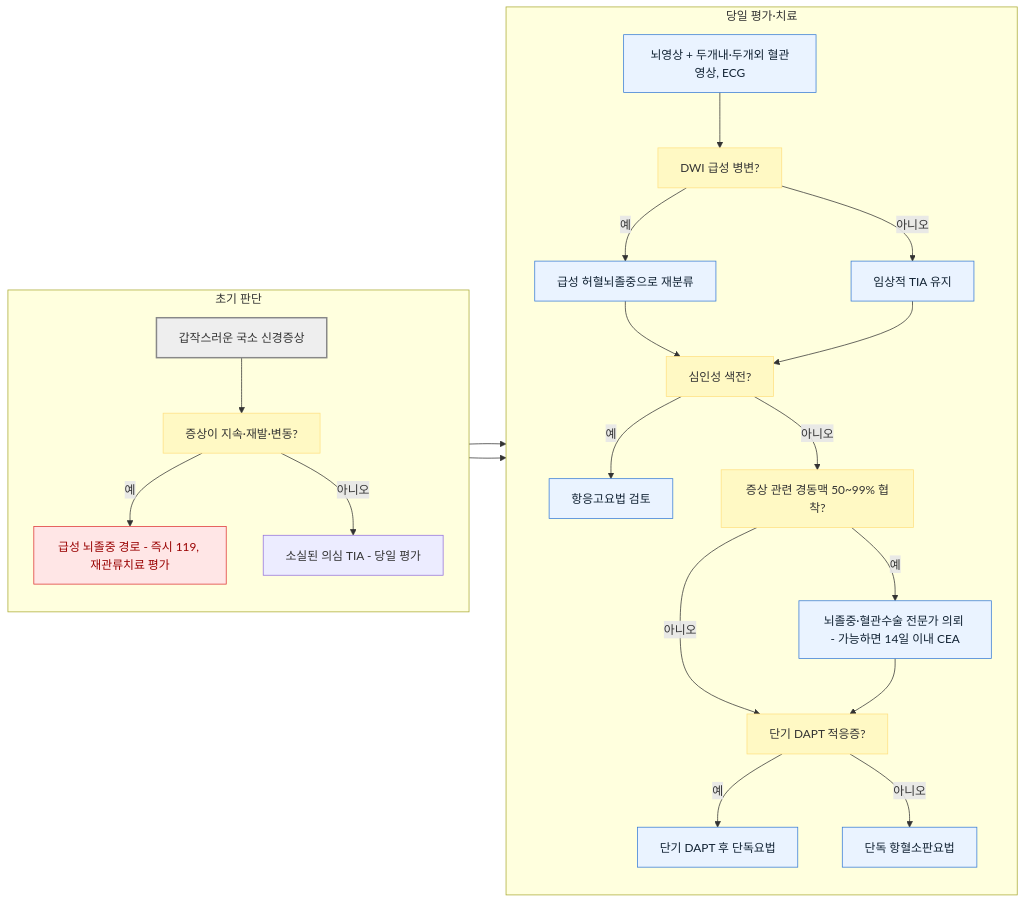
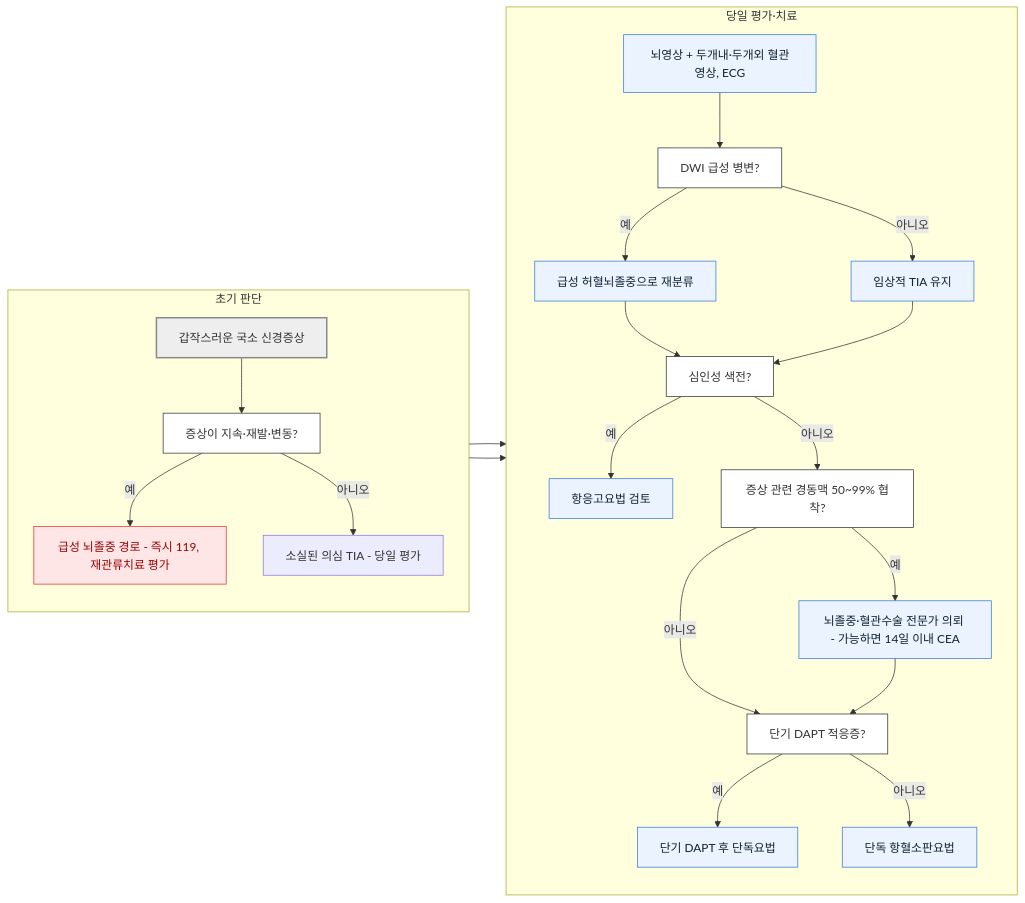
Before and after one commit to familyoh77/familyoh77: the diagram in 221_/023_-tia.md, drawn with Mermaid. The commit also changed other lines of this file, not shown here.

````diff
--- a/221_/023_-tia.md
+++ b/221_/023_-tia.md
@@ -132,34 +143,34 @@
 ```mermaid
 flowchart LR
   subgraph SL["초기 판단"]
     direction TB
     A["갑작스러운 국소 신경증상"] --> B["증상이 지속·재발·변동?"]
     B -->|예| C["급성 뇌졸중 경로 - 즉시 119, 재관류치료 평가"]
     B -->|아니오| D["소실된 의심 TIA - 당일 평가"]
   end
   subgraph SR["당일 평가·치료"]
     direction TB
     E["뇌영상 + 두개내·두개외 혈관영상, ECG"] --> F["DWI 급성 병변?"]
     F -->|예| G["급성 허혈뇌졸중으로 재분류"]
     F -->|아니오| H["임상적 TIA 유지"]
     G --> I["심인성 색전?"]
     H --> I
     I -->|예| J["항응고요법 검토"]
     I -->|아니오| K["증상 관련 경동맥 50~99% 협착?"]
     K -->|예| P["뇌졸중·혈관수술 전문가 의뢰 - 가능하면 14일 이내 CEA"]
     K -->|아니오| M["단기 DAPT 적응증?"]
     P --> M
     M -->|예| N["단기 DAPT 후 단독요법"]
     M -->|아니오| O["단독 항혈소판요법"]
   end
   D --> E
   C --> E
   classDef start fill:#eeeeee,stroke:#888888,stroke-width:2px
-  classDef question fill:#fff9c4,stroke:#ffe082
+  classDef question fill:#fff,stroke:#333
   classDef danger fill:#ffe6e6,stroke:#d33,color:#900
   classDef action fill:#eaf3ff,stroke:#367bd6,color:#123
   class A start
   class B,F,I,K,M question
   class C danger
   class E,G,H,J,P,N,O action
 ```
````
